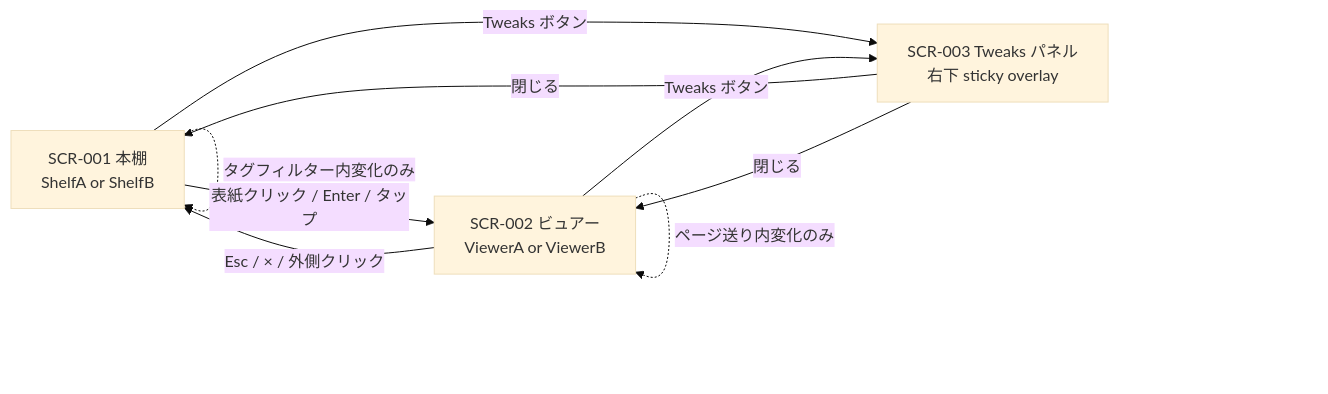
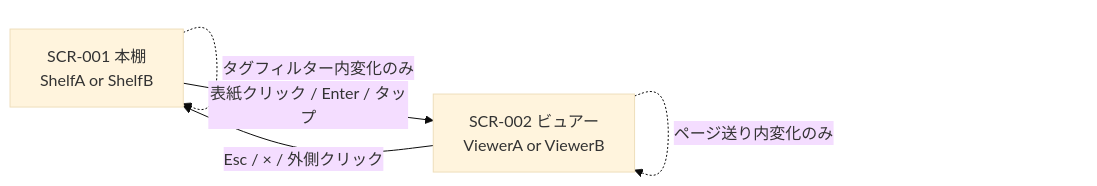
One commit to kirin0198/ehon changed the diagram in docs/UI_SPEC.md. Above: the diagram before and after it, drawn with Mermaid (base theme). The commit also changed other lines of this file and 3 other files, not shown here.

````diff
--- a/docs/UI_SPEC.md
+++ b/docs/UI_SPEC.md
@@ -84,11 +85,7 @@
 ```mermaid
 flowchart LR
   Home[SCR-001 本棚<br/>ShelfA or ShelfB] -->|表紙クリック / Enter / タップ| Viewer[SCR-002 ビュアー<br/>ViewerA or ViewerB]
   Viewer -->|Esc / × / 外側クリック| Home
-  Home -->|Tweaks ボタン| Tweaks[SCR-003 Tweaks パネル<br/>右下 sticky overlay]
-  Viewer -->|Tweaks ボタン| Tweaks
-  Tweaks -->|閉じる| Home
-  Tweaks -->|閉じる| Viewer
   Home -.->|タグフィルター内変化のみ| Home
   Viewer -.->|ページ送り内変化のみ| Viewer
 ```
````
